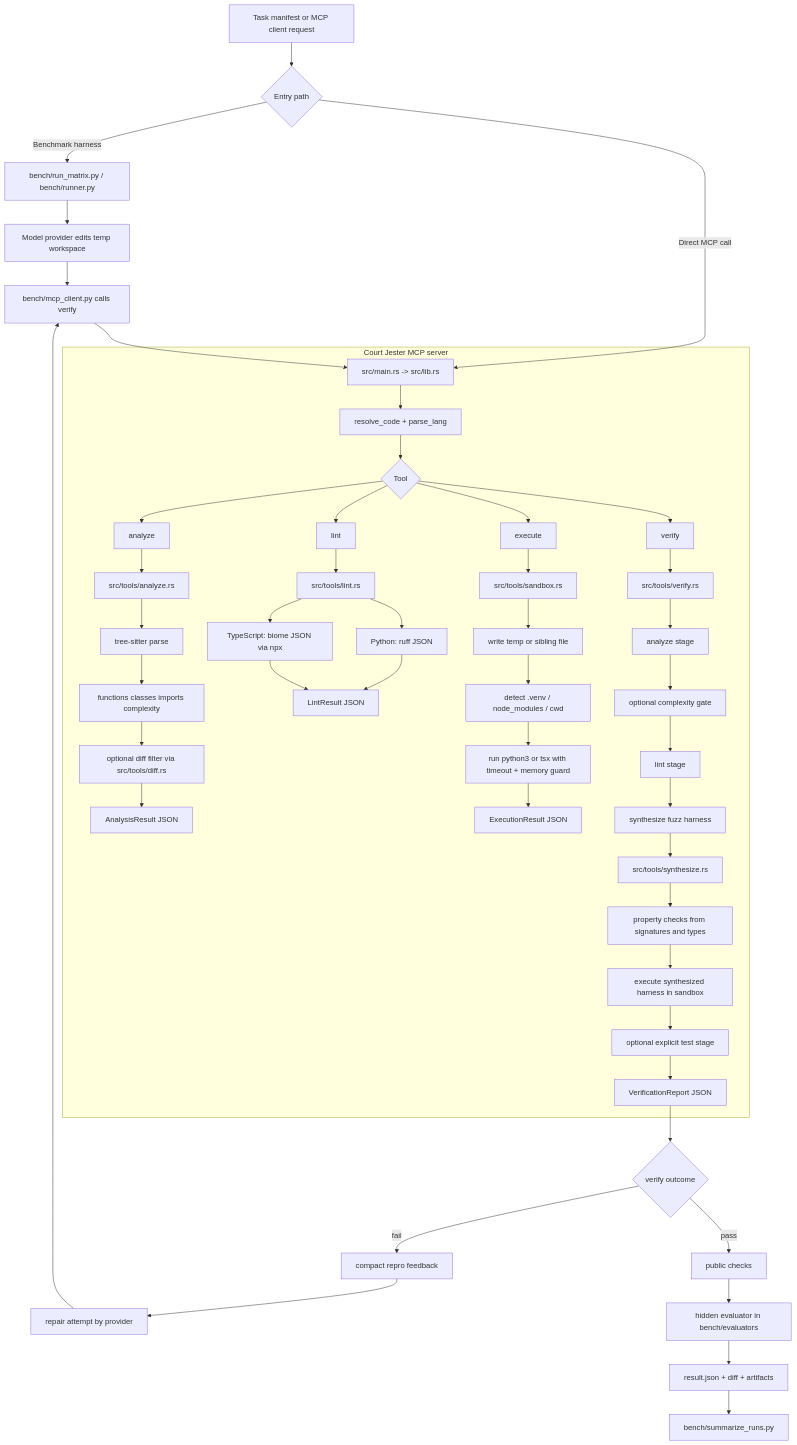
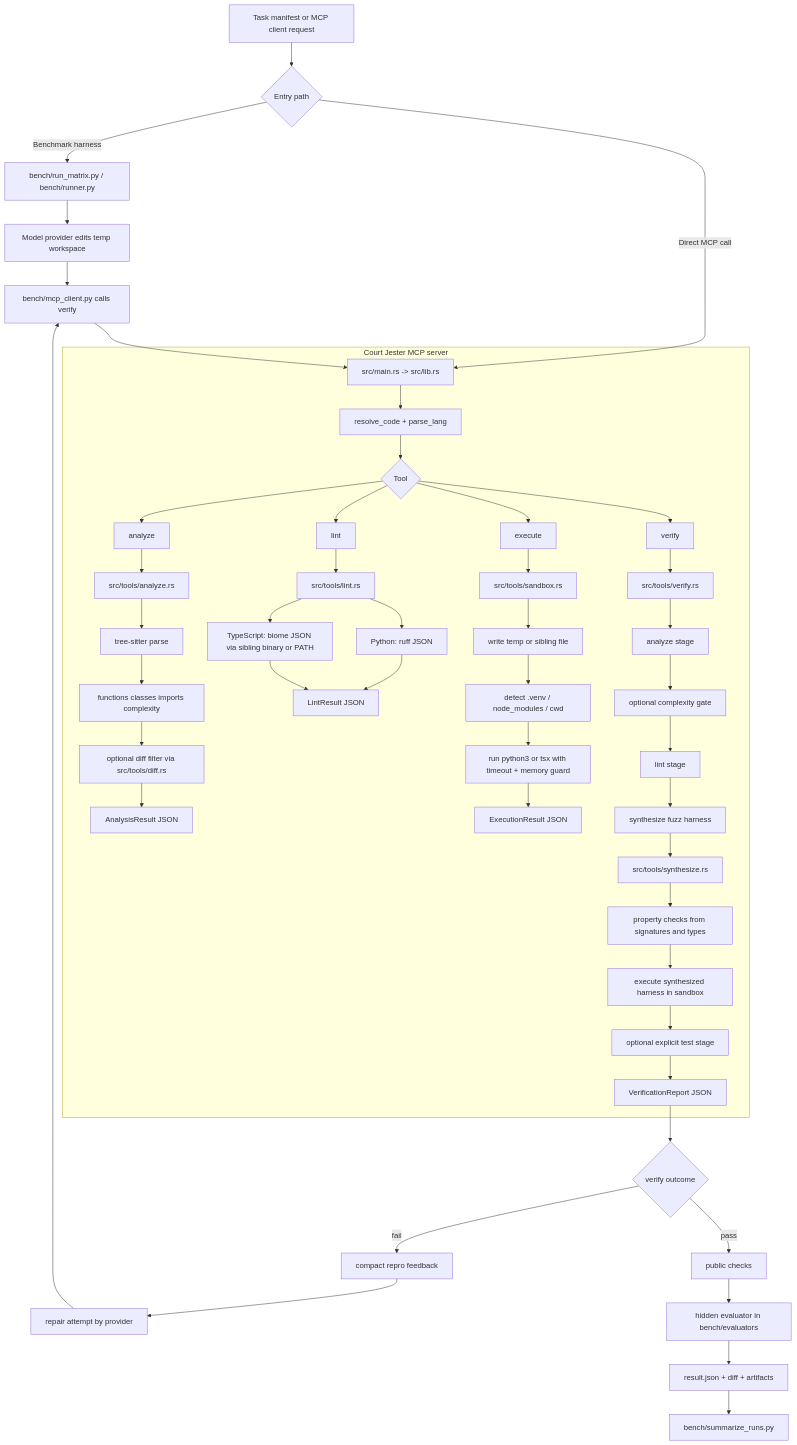
One commit to slee1996/court-jester-mcp changed the diagram in docs/tool-flow-diagram.md. Above: the diagram before and after it, drawn with Mermaid. The commit also changed 20 other files, not shown here.

````diff
--- a/docs/tool-flow-diagram.md
+++ b/docs/tool-flow-diagram.md
@@ -5,60 +5,60 @@
 ```mermaid
 flowchart TD
     A[Task manifest or MCP client request] --> B{Entry path}
 
     B -->|Benchmark harness| C[bench/run_matrix.py / bench/runner.py]
     B -->|Direct MCP call| D[src/main.rs -> src/lib.rs]
 
     C --> E[Model provider edits temp workspace]
     E --> F[bench/mcp_client.py calls verify]
     F --> D
 
     subgraph S1[Court Jester MCP server]
         D --> G[resolve_code + parse_lang]
         G --> H{Tool}
 
         H --> I[analyze]
         H --> J[lint]
         H --> K[execute]
         H --> L[verify]
 
         I --> I1[src/tools/analyze.rs]
         I1 --> I2[tree-sitter parse]
         I2 --> I3[functions classes imports complexity]
         I3 --> I4[optional diff filter via src/tools/diff.rs]
         I4 --> I5[AnalysisResult JSON]
 
         J --> J1[src/tools/lint.rs]
         J1 --> J2[Python: ruff JSON]
-        J1 --> J3[TypeScript: biome JSON via npx]
+        J1 --> J3[TypeScript: biome JSON via sibling binary or PATH]
         J2 --> J4[LintResult JSON]
         J3 --> J4
 
         K --> K1[src/tools/sandbox.rs]
         K1 --> K2[write temp or sibling file]
         K2 --> K3[detect .venv / node_modules / cwd]
         K3 --> K4[run python3 or tsx with timeout + memory guard]
         K4 --> K5[ExecutionResult JSON]
 
         L --> L1[src/tools/verify.rs]
         L1 --> L2[analyze stage]
         L2 --> L3[optional complexity gate]
         L3 --> L4[lint stage]
         L4 --> L5[synthesize fuzz harness]
         L5 --> L6[src/tools/synthesize.rs]
         L6 --> L7[property checks from signatures and types]
         L7 --> L8[execute synthesized harness in sandbox]
         L8 --> L9[optional explicit test stage]
         L9 --> L10[VerificationReport JSON]
     end
 
     L10 --> M{verify outcome}
     M -->|pass| N[public checks]
     M -->|fail| O[compact repro feedback]
     O --> P[repair attempt by provider]
     P --> F
 
     N --> Q[hidden evaluator in bench/evaluators]
     Q --> R[result.json + diff + artifacts]
     R --> T[bench/summarize_runs.py]
 ```
````
